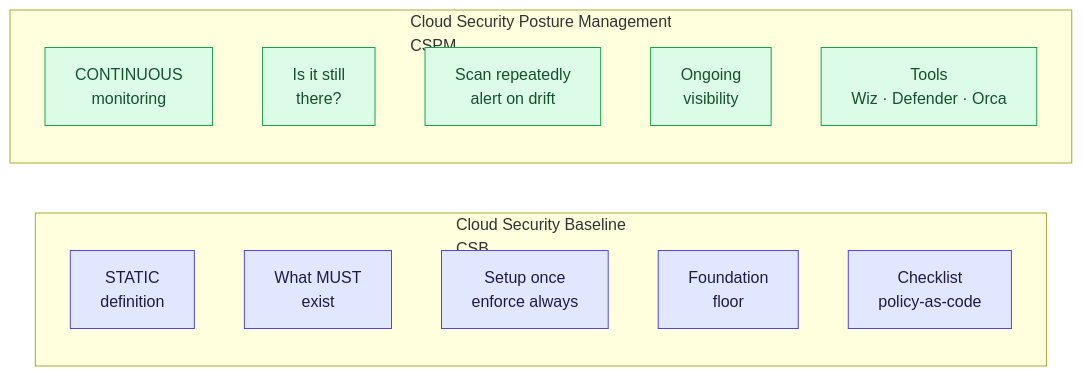
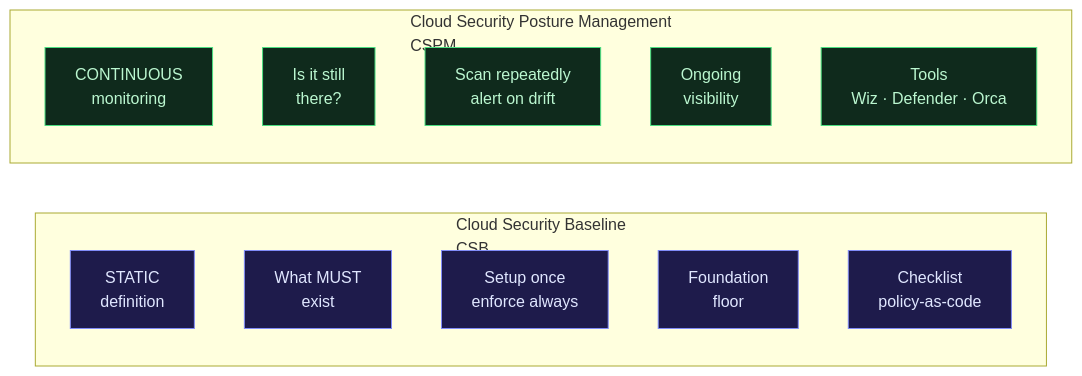
The first of 3 diagrams in src/content/posts/en/cse-02-cloud-baseline-security.md (arifbazli/malay-tech-journal), drawn with Mermaid before and after one commit. The commit also changed other lines of this file and 16 other files, not shown here.

First line of the commit message:
fix(mermaid): fix light-theme colors and rendering bugs across all diagrams

````diff
--- a/src/content/posts/en/cse-02-cloud-baseline-security.md
+++ b/src/content/posts/en/cse-02-cloud-baseline-security.md
@@ -50,21 +49,21 @@
 ```mermaid
 flowchart LR
   subgraph csb [Cloud Security Baseline<br/>CSB]
     direction TB
     S1["STATIC<br/>definition"]:::csb
     S2["What MUST<br/>exist"]:::csb
     S3["Setup once<br/>enforce always"]:::csb
     S4["Foundation<br/>floor"]:::csb
     S5["Checklist<br/>policy-as-code"]:::csb
   end
   subgraph cspm [Cloud Security Posture Management<br/>CSPM]
     direction TB
     M1["CONTINUOUS<br/>monitoring"]:::cspm
     M2["Is it still<br/>there?"]:::cspm
     M3["Scan repeatedly<br/>alert on drift"]:::cspm
     M4["Ongoing<br/>visibility"]:::cspm
     M5["Tools<br/>Wiz · Defender · Orca"]:::cspm
   end
-  classDef csb fill:#e0e7ff,stroke:#4f46e5,color:#1e1b4b
-  classDef cspm fill:#dcfce7,stroke:#16a34a,color:#14532d
+  classDef csb fill:#1e1b4b,stroke:#818cf8,color:#e0e7ff
+  classDef cspm fill:#0f2a1c,stroke:#4ade80,color:#bbf7d0
 ```
````
